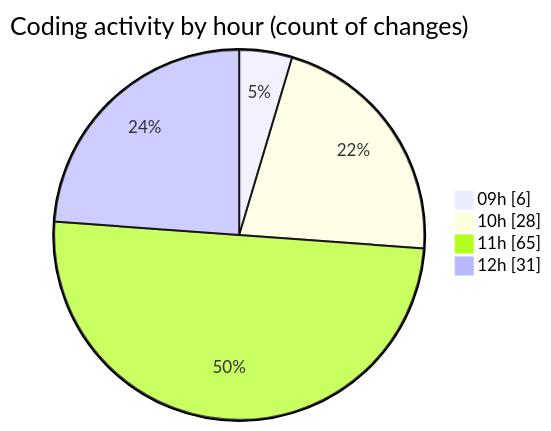
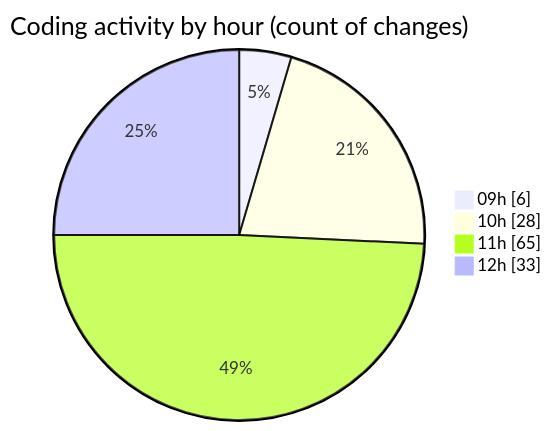
The second of 2 diagrams in 2025-03-27/cda/README.md (momahboobian/code-tracking), drawn with Mermaid before and after one commit. The commit also changed other lines of this file and 1 other file, not shown here.

````diff
--- a/2025-03-27/cda/README.md
+++ b/2025-03-27/cda/README.md
@@ -30,8 +30,8 @@
 ```mermaid
 pie showData
 title Coding activity by hour (count of changes)
 "09h" : 6
 "10h" : 28
 "11h" : 65
-"12h" : 31
+"12h" : 33
 ```
````
